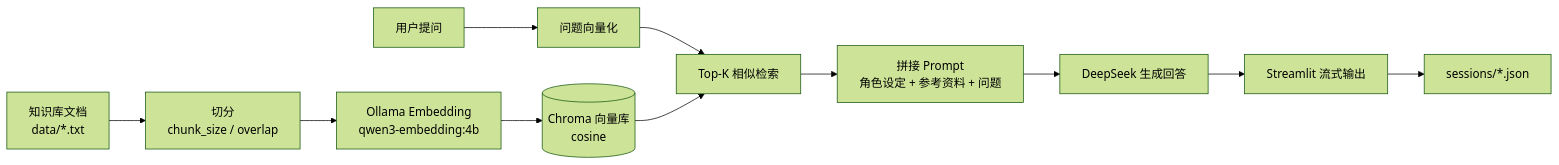
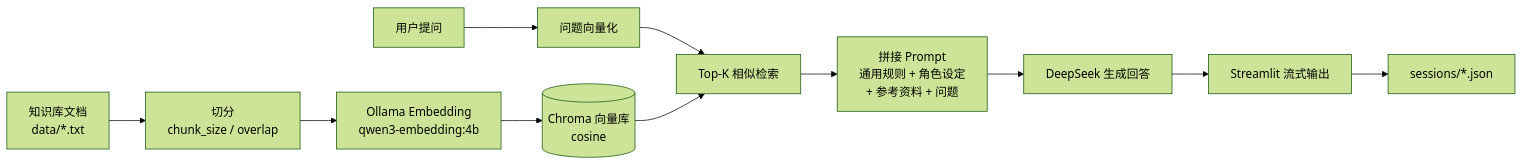
Before and after one commit to Suran-g/python_rag_lyra: the diagram in README.md, drawn with Mermaid (forest theme). The commit also changed other lines of this file and 1 other file, not shown here.

````diff
--- a/README.md
+++ b/README.md
@@ -23,14 +26,14 @@
 ```mermaid
 flowchart LR
     A["知识库文档<br/>data/*.txt"] --> B["切分<br/>chunk_size / overlap"]
     B --> C["Ollama Embedding<br/>qwen3-embedding:4b"]
     C --> D[("Chroma 向量库<br/>cosine")]
 
     E[用户提问] --> F[问题向量化]
     F --> G["Top-K 相似检索"]
     D --> G
-    G --> H["拼接 Prompt<br/>角色设定 + 参考资料 + 问题"]
+    G --> H["拼接 Prompt<br/>通用规则 + 角色设定<br/>+ 参考资料 + 问题"]
     H --> I["DeepSeek 生成回答"]
     I --> J["Streamlit 流式输出"]
     J --> K["sessions/*.json"]
 ```
````
